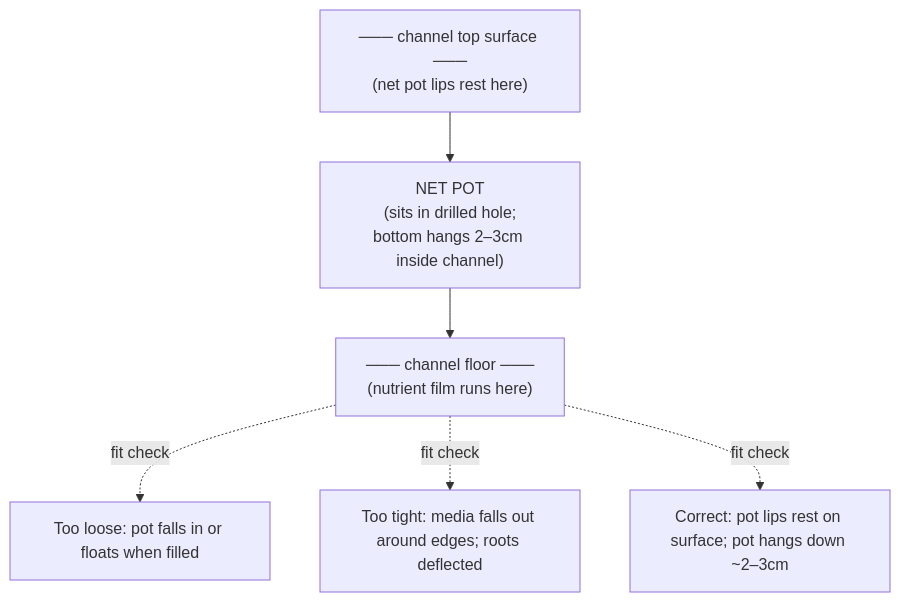
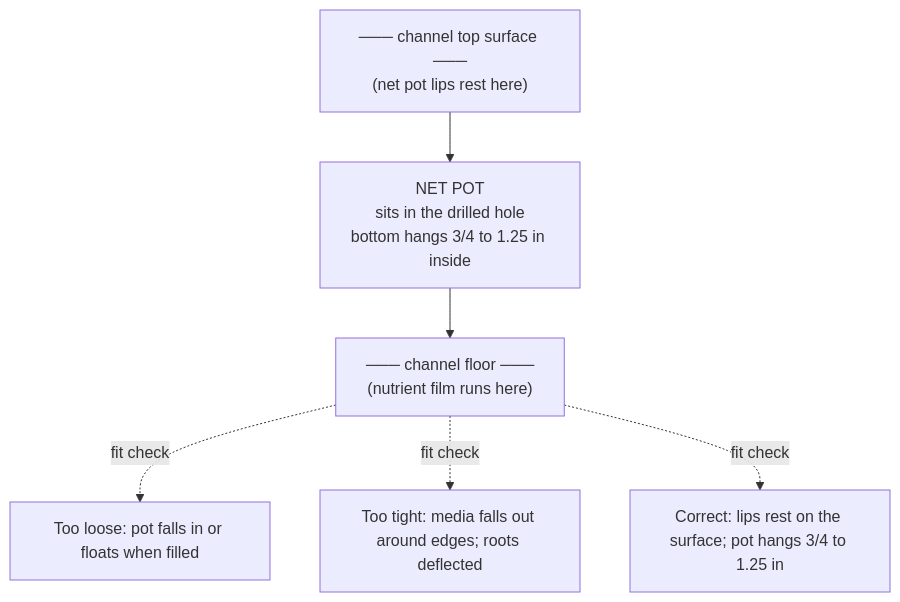
Before and after one commit to UncleJS/guide_hydroponics: the second of 2 diagrams in guide/nft/05-growing-media.md, drawn with Mermaid. The commit also changed other lines of this file and 35 other files, not shown here.

````diff
--- a/guide/nft/05-growing-media.md
+++ b/guide/nft/05-growing-media.md
@@ -116,16 +117,16 @@
 ```mermaid
 flowchart TD
     A["─── channel top surface ───<br/>(net pot lips rest here)"]
-    B["NET POT<br/>(sits in drilled hole;<br/>bottom hangs 2–3cm inside channel)"]
+    B["NET POT<br/>sits in the drilled hole<br/>bottom hangs 3/4 to 1.25 in inside"]
     C["─── channel floor ───<br/>(nutrient film runs here)"]
 
     A --> B --> C
 
     D["Too loose: pot falls in or floats when filled"]
     E["Too tight: media falls out around edges; roots deflected"]
-    F["Correct: pot lips rest on surface; pot hangs down ~2–3cm"]
+    F["Correct: lips rest on the surface; pot hangs 3/4 to 1.25 in"]
 
     C -.->|"fit check"| D
     C -.->|"fit check"| E
     C -.->|"fit check"| F
 ```
````
